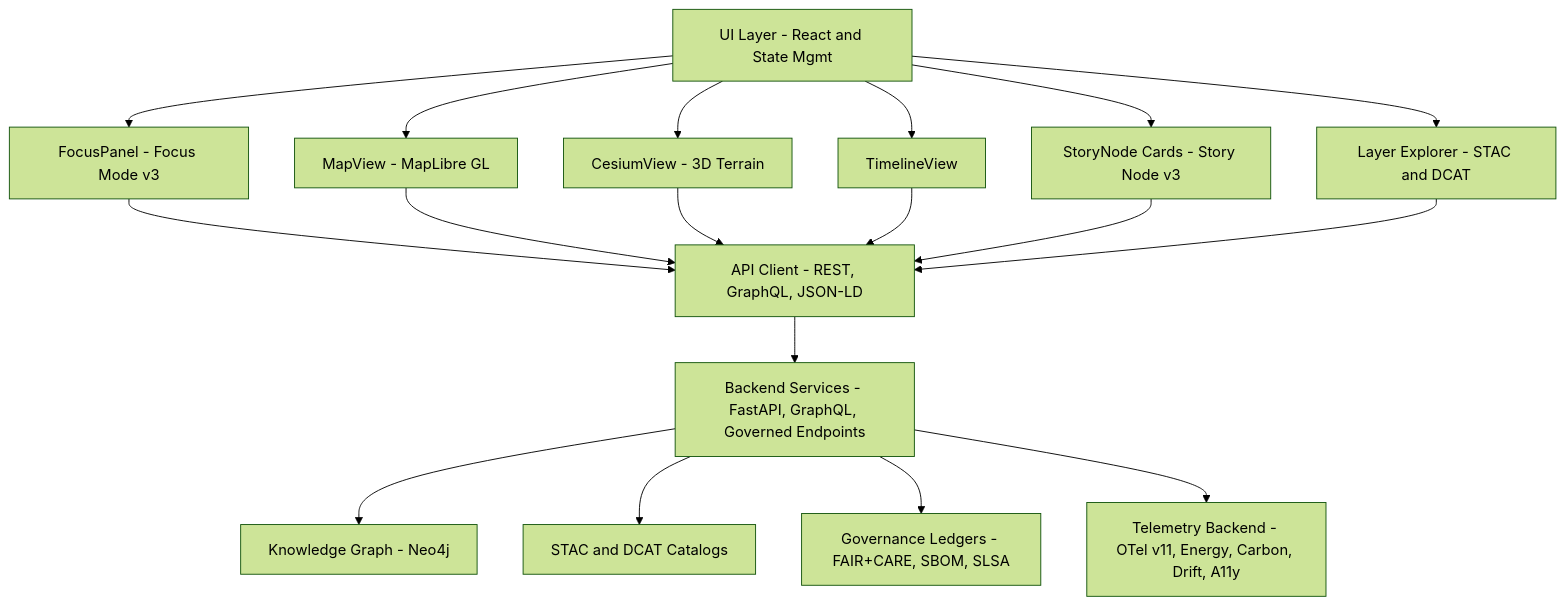
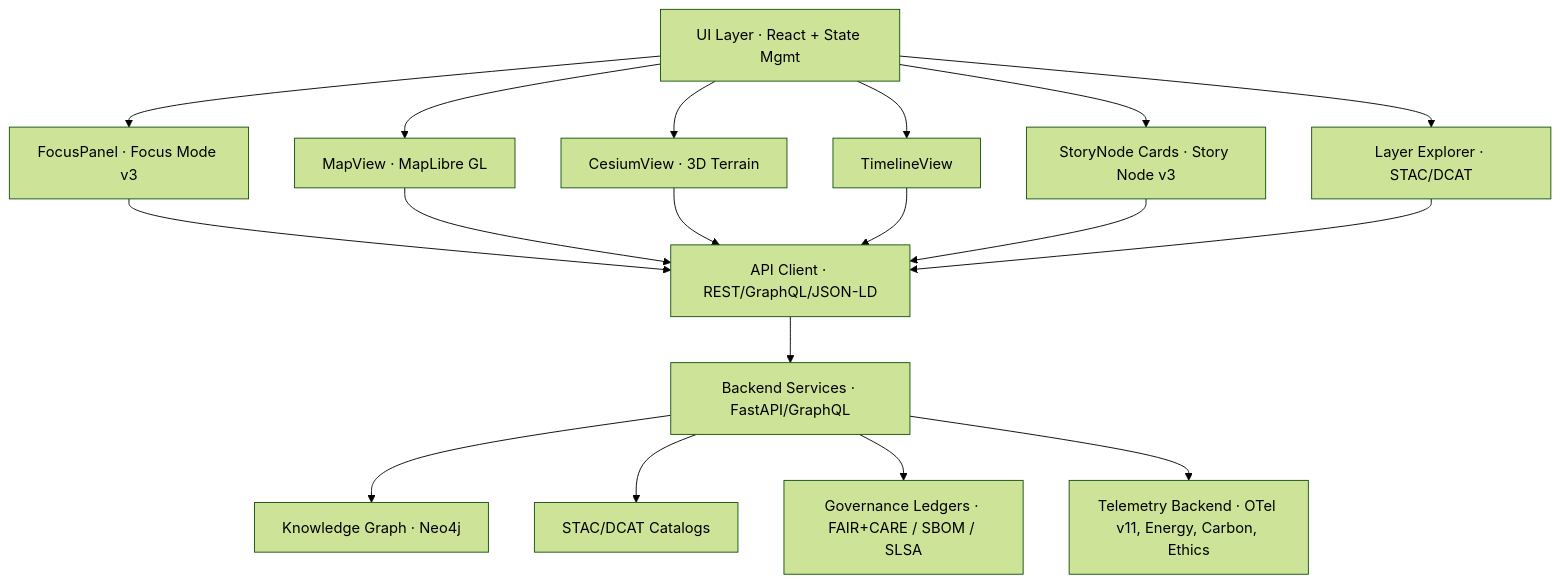
The diagram in web/README.md (bartytime4life/Kansas-Frontier-Matrix), drawn with Mermaid (forest theme) before and after one commit. The commit also changed other lines of this file, not shown here.

````diff
--- a/web/README.md
+++ b/web/README.md
@@ -163,22 +185,22 @@
 ```mermaid
 flowchart TD
-    UI["UI Layer - React and State Mgmt"] --> MV["MapView - MapLibre GL"]
-    UI --> CV["CesiumView - 3D Terrain"]
-    UI --> FP["FocusPanel - Focus Mode v3"]
-    UI --> SN["StoryNode Cards - Story Node v3"]
+    UI["UI Layer · React + State Mgmt"] --> MV["MapView · MapLibre GL"]
+    UI --> CV["CesiumView · 3D Terrain"]
+    UI --> FP["FocusPanel · Focus Mode v3"]
+    UI --> SN["StoryNode Cards · Story Node v3"]
     UI --> TL["TimelineView"]
-    UI --> LX["Layer Explorer - STAC and DCAT"]
+    UI --> LX["Layer Explorer · STAC/DCAT"]
 
-    FP --> API["API Client - REST, GraphQL, JSON-LD"]
+    FP --> API["API Client · REST/GraphQL/JSON-LD"]
     MV --> API
     CV --> API
     TL --> API
     SN --> API
     LX --> API
 
-    API --> BE["Backend Services - FastAPI, GraphQL, Governed Endpoints"]
-    BE --> KG["Knowledge Graph - Neo4j"]
-    BE --> STAC["STAC and DCAT Catalogs"]
-    BE --> GOV["Governance Ledgers - FAIR+CARE, SBOM, SLSA"]
-    BE --> TEL["Telemetry Backend - OTel v11, Energy, Carbon, Drift, A11y"]
+    API --> BE["Backend Services · FastAPI/GraphQL"]
+    BE --> KG["Knowledge Graph · Neo4j"]
+    BE --> STAC["STAC/DCAT Catalogs"]
+    BE --> GOV["Governance Ledgers · FAIR+CARE / SBOM / SLSA"]
+    BE --> TEL["Telemetry Backend · OTel v11, Energy, Carbon, Ethics"]
 ```
````
